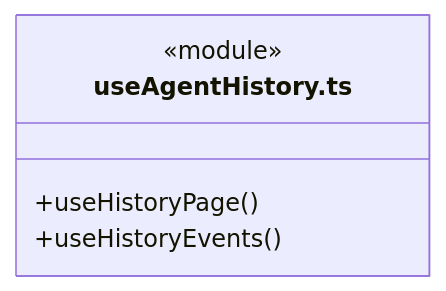
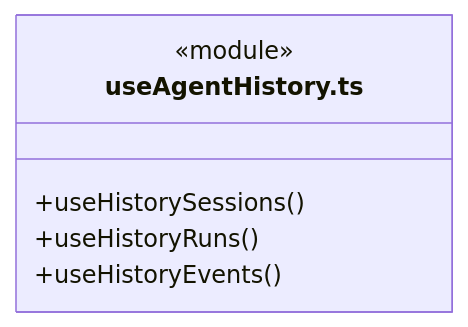
Before and after one commit to nan023062/cbim: diagram 11 of 25 in src/frontend/team/ARCHITECTURE.md, drawn with Mermaid. The commit also changed other lines of this file and 356 other files, not shown here.

First line of the commit message:
chore: preserve architecture remediation before desktop 0.1.7 alignment

````diff
--- a/src/frontend/team/ARCHITECTURE.md
+++ b/src/frontend/team/ARCHITECTURE.md
@@ -198,8 +198,9 @@
 ```mermaid
 classDiagram
 class N_src_frontend_team_useAgentHistory_ts["useAgentHistory.ts"] {
   <<module>>
-  +useHistoryPage()
+  +useHistorySessions()
+  +useHistoryRuns()
   +useHistoryEvents()
 }
 ```
````
